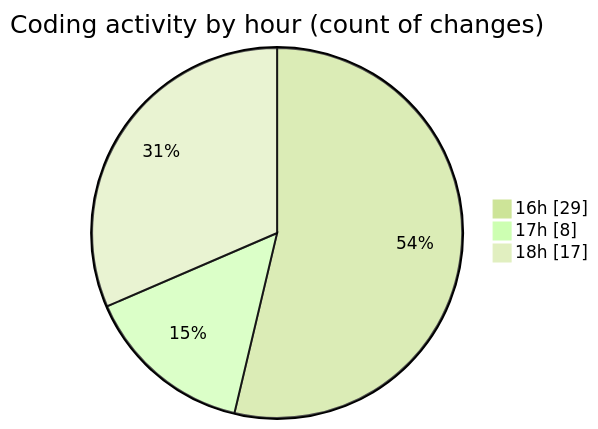
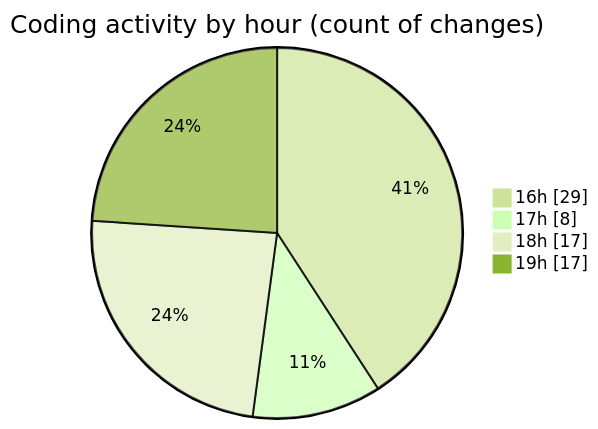
The second of 2 diagrams in 2025-11-01/skintrack/README.md (Netris89/code-tracking), drawn with Mermaid (forest theme) before and after one commit. The commit also changed other lines of this file and 1 other file, not shown here.

````diff
--- a/2025-11-01/skintrack/README.md
+++ b/2025-11-01/skintrack/README.md
@@ -33,7 +34,8 @@
 ```mermaid
 pie showData
 title Coding activity by hour (count of changes)
 "16h" : 29
 "17h" : 8
 "18h" : 17
+"19h" : 17
 ```
````
